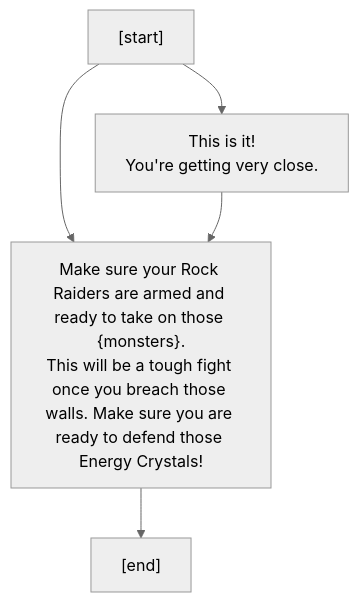
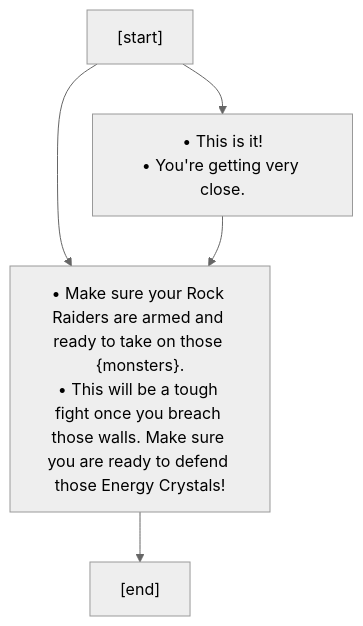
The fourth of 4 diagrams in src/core/lore/graphs/pandora.md (charredUtensil/groundhog), drawn with Mermaid (neutral theme) before and after one commit. The commit also changed other lines of this file and 7 other files, not shown here.

````diff
--- a/src/core/lore/graphs/pandora.md
+++ b/src/core/lore/graphs/pandora.md
@@ -45,11 +45,11 @@
 ```mermaid
 flowchart TD;
 P0["[start]"]
 P0 --> P1
 P0 --> P2
-P1["This is it!<br/>You're getting very close."]
+P1["&bull; This is it!<br/>&bull; You're getting very close."]
 P1 --> P2
-P2["Make sure your Rock Raiders are armed and ready to take on those {monsters}.<br/>This will be a tough fight once you breach those walls. Make sure you are ready to defend those Energy Crystals!"]
+P2["&bull; Make sure your Rock Raiders are armed and ready to take on those {monsters}.<br/>&bull; This will be a tough fight once you breach those walls. Make sure you are ready to defend those Energy Crystals!"]
 P2 --> P3
 P3["[end]"]
 ```
````
